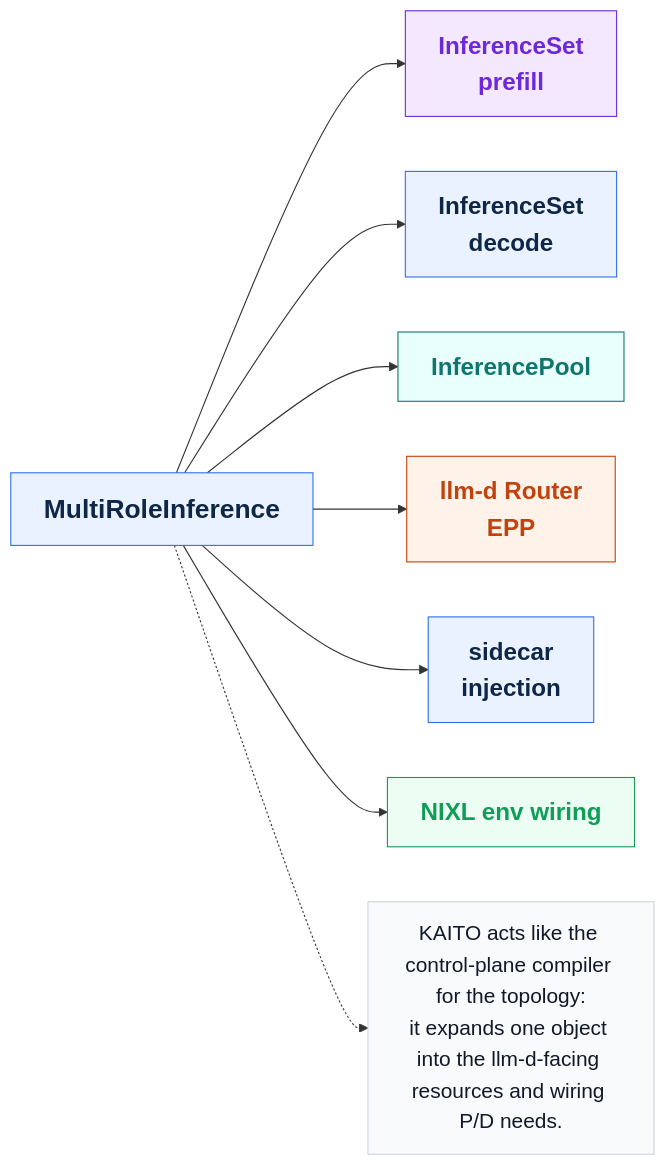
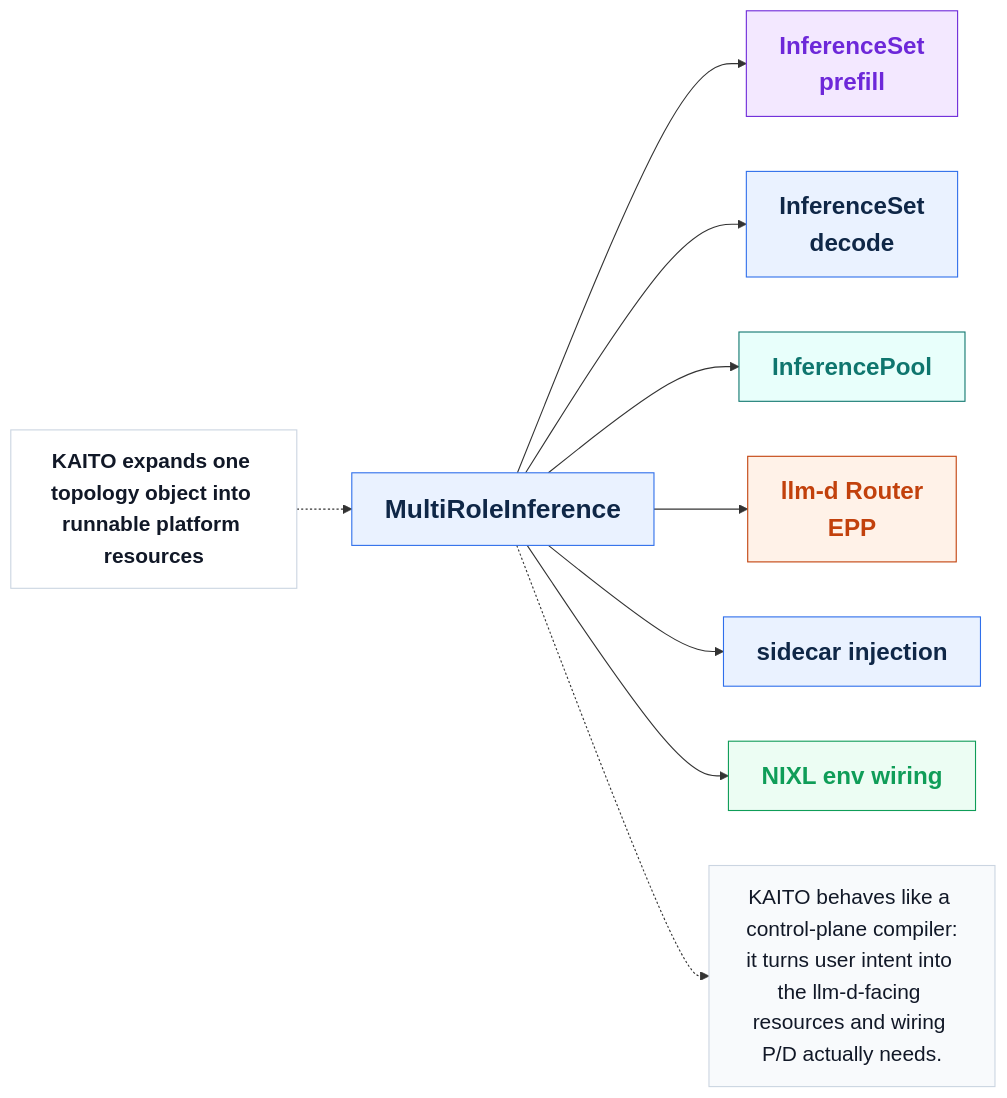
Before and after one commit to andyzhangx/demo: the diagram in llm/kaito-llm-d-pd-slides-assets/mermaid/slide-06-kaito-generated-resources.mmd, drawn with Mermaid. The commit also changed 10 other files, not shown here.

Commit message:
docs: refine presentation style for pd mermaid slides

```diff
--- a/llm/kaito-llm-d-pd-slides-assets/mermaid/slide-06-kaito-generated-resources.mmd
+++ b/llm/kaito-llm-d-pd-slides-assets/mermaid/slide-06-kaito-generated-resources.mmd
@@ -1,34 +1,38 @@
 flowchart LR
-%% pos MRI 930 180 340 130
-%% pos PREFILL 120 110 320 120
-%% pos DECODE 120 360 320 120
-%% pos POOL 1660 110 320 120
-%% pos EPP 1560 290 420 120
-%% pos SIDECAR 1520 470 460 120
-%% pos NIXL 900 500 400 120
-%% pos NOTE 630 740 1000 140
+%% pos BANNER 650 80 920 90
+%% pos MRI 920 220 360 130
+%% pos PREFILL 160 150 320 120
+%% pos DECODE 160 390 320 120
+%% pos POOL 1670 150 320 120
+%% pos EPP 1560 340 430 120
+%% pos SIDECAR 1510 530 470 120
+%% pos NIXL 900 560 420 120
+%% pos NOTE 610 790 1020 130
 
+BANNER["KAITO expands one topology object into runnable platform resources"]:::tag
 MRI["MultiRoleInference"]:::primary
 PREFILL["InferenceSet<br/>prefill"]:::prefill
 DECODE["InferenceSet<br/>decode"]:::decode
 POOL["InferencePool"]:::teal
 EPP["llm-d Router<br/>EPP"]:::orange
-SIDECAR["sidecar<br/>injection"]:::decode
+SIDECAR["sidecar injection"]:::decode
 NIXL["NIXL env wiring"]:::green
-NOTE["KAITO acts like the control-plane compiler for the topology:<br/>it expands one object into the llm-d-facing resources and wiring P/D needs."]:::note
+NOTE["KAITO behaves like a control-plane compiler:<br/>it turns user intent into the llm-d-facing resources and wiring P/D actually needs."]:::note
 
 MRI --> PREFILL
 MRI --> DECODE
 MRI --> POOL
 MRI --> EPP
 MRI --> SIDECAR
 MRI --> NIXL
+BANNER -.-> MRI
 MRI -.-> NOTE
 
 classDef primary fill:#EAF2FF,stroke:#2F6FEB,color:#0F2747,font-size:24px,font-weight:bold
 classDef prefill fill:#F3E8FF,stroke:#6D28D9,color:#6D28D9,font-size:22px,font-weight:bold
 classDef decode fill:#EAF2FF,stroke:#2F6FEB,color:#0F2747,font-size:22px,font-weight:bold
 classDef teal fill:#E8FFFB,stroke:#0F766E,color:#0F766E,font-size:22px,font-weight:bold
 classDef orange fill:#FFF2E8,stroke:#C2410C,color:#C2410C,font-size:22px,font-weight:bold
 classDef green fill:#ECFDF3,stroke:#0F9D58,color:#0F9D58,font-size:22px,font-weight:bold
 classDef note fill:#F8FAFC,stroke:#CBD5E1,color:#111827,font-size:19px
+classDef tag fill:#FFFFFF,stroke:#CBD5E1,color:#111827,font-size:19px,font-weight:bold
```
